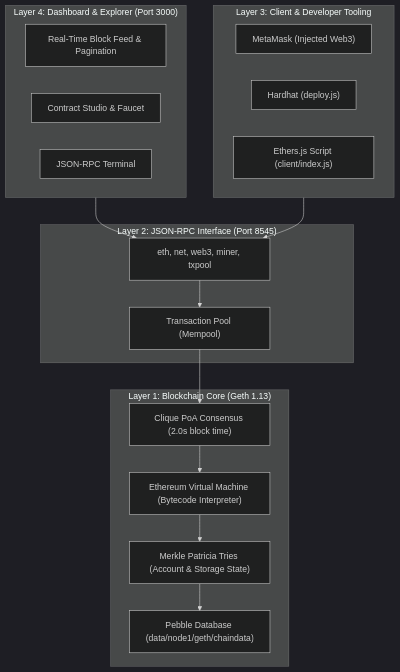
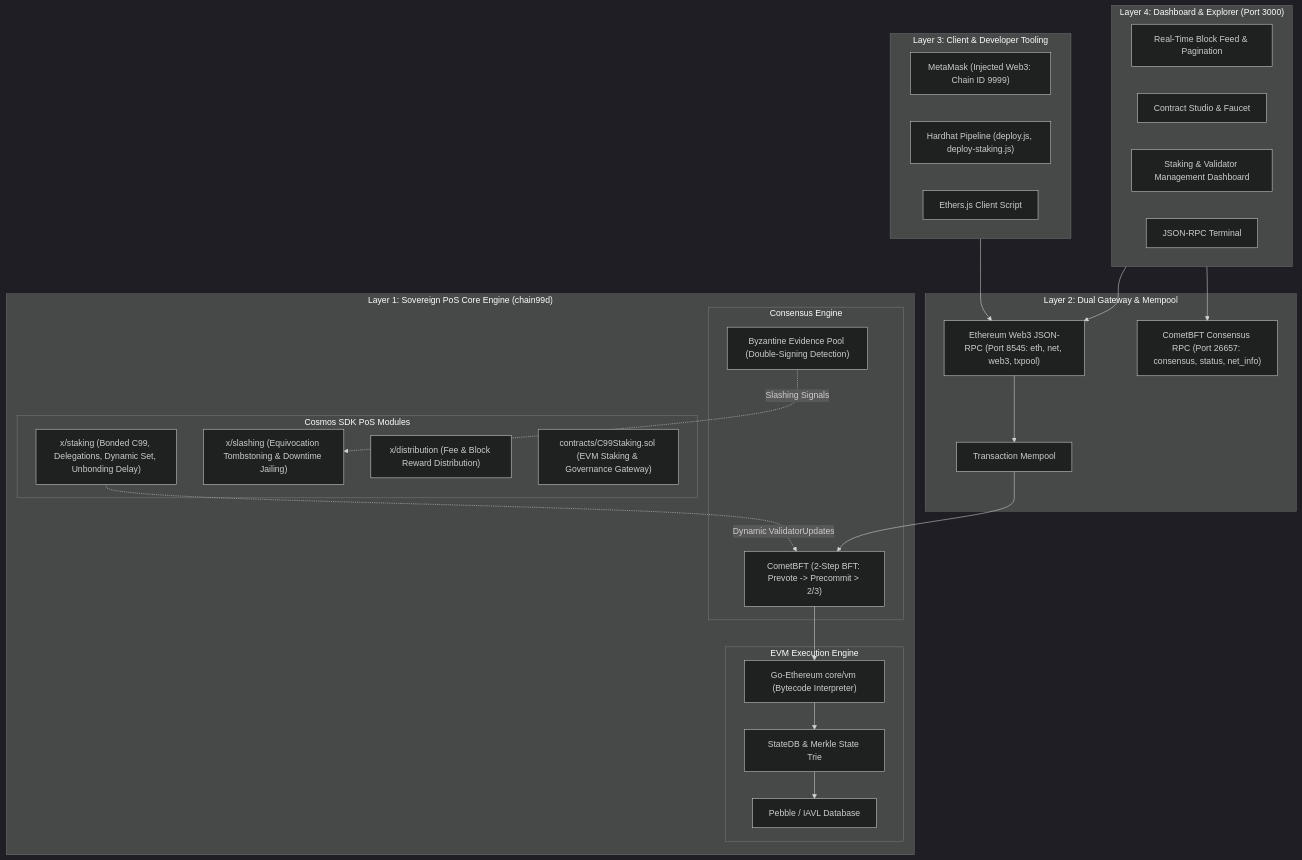
One commit to mehan05/chain99-L1-chain changed the diagram in ARCHITECTURE.md. Above: the diagram before and after it, drawn with Mermaid (dark theme). The commit also changed other lines of this file and 15 other files, not shown here.

````diff
--- a/ARCHITECTURE.md
+++ b/ARCHITECTURE.md
@@ -14,34 +15,50 @@
 ```mermaid
 graph TD
     subgraph UI ["Layer 4: Dashboard & Explorer (Port 3000)"]
         UI_Feed["Real-Time Block Feed & Pagination"]
         UI_Studio["Contract Studio & Faucet"]
+        UI_Staking["Staking & Validator Management Dashboard"]
         UI_RPC["JSON-RPC Terminal"]
     end
 
     subgraph Client ["Layer 3: Client & Developer Tooling"]
-        MM["MetaMask (Injected Web3)"]
-        HH["Hardhat (deploy.js)"]
-        NodeJS["Ethers.js Script (client/index.js)"]
+        MM["MetaMask (Injected Web3: Chain ID 9999)"]
+        HH["Hardhat Pipeline (deploy.js, deploy-staking.js)"]
+        NodeJS["Ethers.js Client Script"]
     end
 
-    subgraph RPC ["Layer 2: JSON-RPC Interface (Port 8545)"]
-        API["eth, net, web3, miner, txpool"]
-        TxPool["Transaction Pool (Mempool)"]
+    subgraph Gateway ["Layer 2: Dual Gateway & Mempool"]
+        RPC["Ethereum Web3 JSON-RPC (Port 8545: eth, net, web3, txpool)"]
+        CometRPC["CometBFT Consensus RPC (Port 26657: consensus, status, net_info)"]
+        TxPool["Transaction Mempool"]
     end
 
-    subgraph Engine ["Layer 1: Blockchain Core (Geth 1.13)"]
-        Clique["Clique PoA Consensus (2.0s block time)"]
-        EVM["Ethereum Virtual Machine (Bytecode Interpreter)"]
-        State["Merkle Patricia Tries (Account & Storage State)"]
-        DB["Pebble Database (data/node1/geth/chaindata)"]
+    subgraph Core ["Layer 1: Sovereign PoS Core Engine (chain99d)"]
+        subgraph Consensus ["Consensus Engine"]
+            BFT["CometBFT (2-Step BFT: Prevote -> Precommit > 2/3)"]
+            Evidence["Byzantine Evidence Pool (Double-Signing Detection)"]
+        end
+        subgraph PoS_Modules ["Cosmos SDK PoS Modules"]
+            xStaking["x/staking (Bonded C99, Delegations, Dynamic Set, Unbonding Delay)"]
+            xSlashing["x/slashing (Equivocation Tombstoning & Downtime Jailing)"]
+            xDistr["x/distribution (Fee & Block Reward Distribution)"]
+            StakingContract["contracts/C99Staking.sol (EVM Staking & Governance Gateway)"]
+        end
+        subgraph Execution ["EVM Execution Engine"]
+            EVM["Go-Ethereum core/vm (Bytecode Interpreter)"]
+            State["StateDB & Merkle State Trie"]
+            Storage["Pebble / IAVL Database"]
+        end
     end
 
-    UI --> API
-    Client --> API
-    API --> TxPool
-    TxPool --> Clique
-    Clique --> EVM
+    UI --> RPC
+    UI --> CometRPC
+    Client --> RPC
+    RPC --> TxPool
+    TxPool --> BFT
+    BFT --> EVM
     EVM --> State
-    State --> DB
+    State --> Storage
+    xStaking -.->|"Dynamic ValidatorUpdates"| BFT
+    Evidence -.->|"Slashing Signals"| xSlashing
 ```
````
